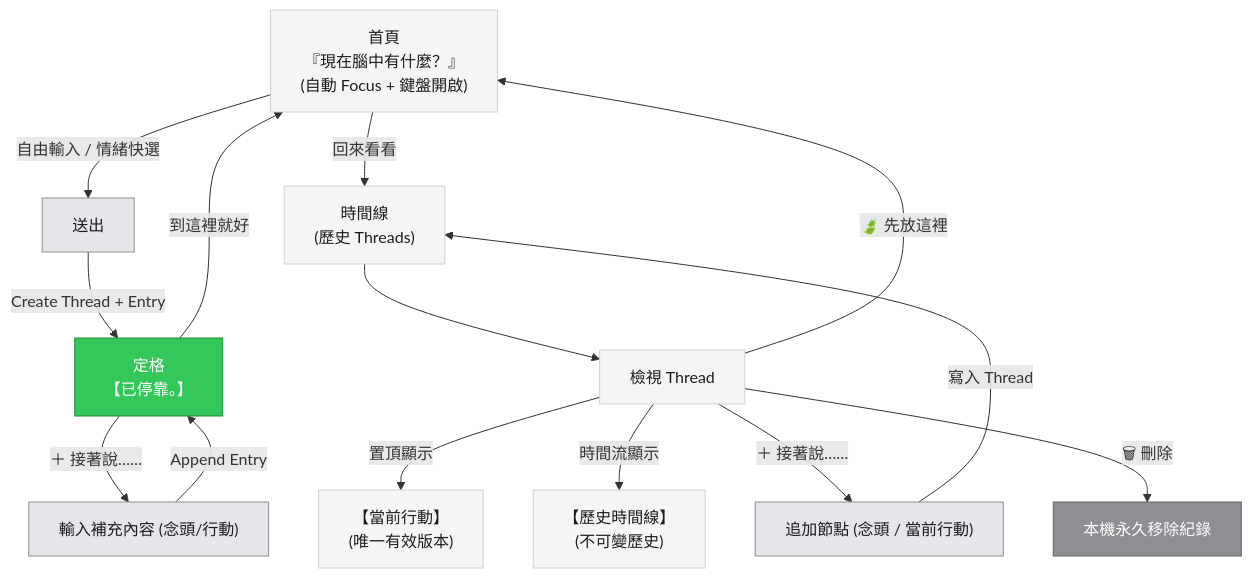
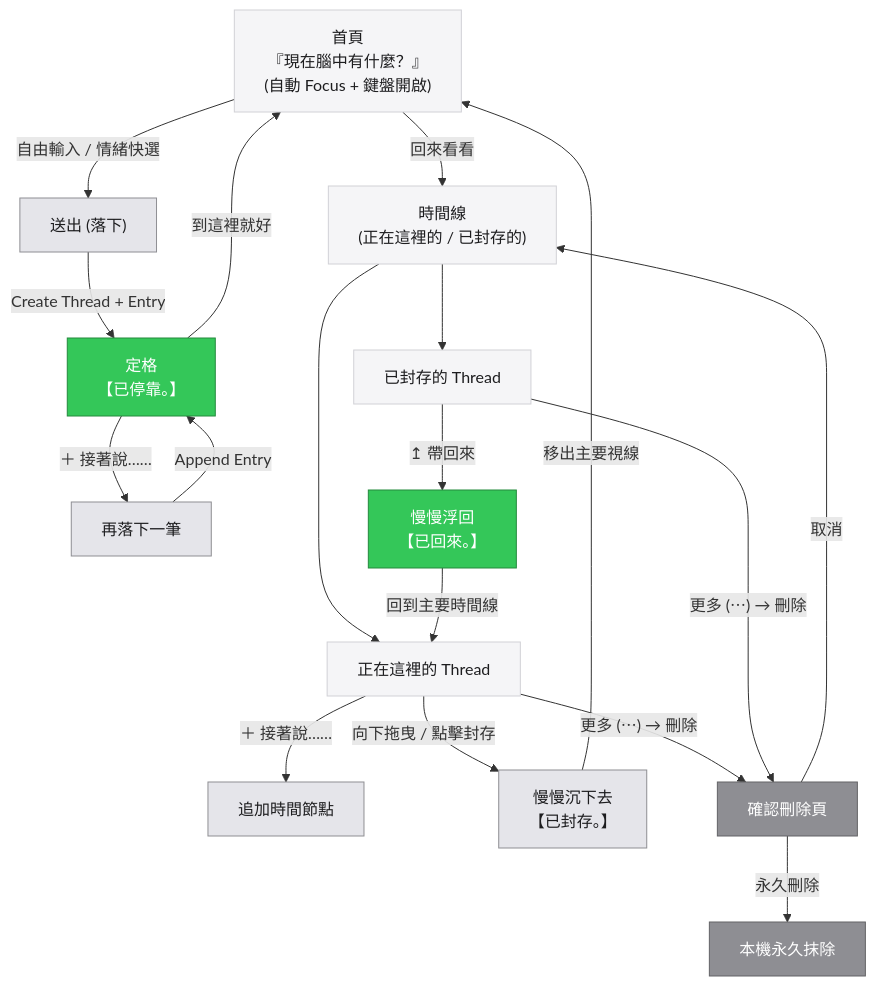
Before and after one commit to q5089877/privateMind: the diagram in flow_diagram.md, drawn with Mermaid. The commit also changed other lines of this file and 8 other files, not shown here.

Commit message:
feat(v7.1): implement 5 physical metaphors (sink archive, float restore, isolated delete, and timeline segmentation)

````diff
--- a/flow_diagram.md
+++ b/flow_diagram.md
@@ -84,32 +73,37 @@
 ```mermaid
 flowchart TD
     %% 節點樣式
     classDef input fill:#F5F5F7,stroke:#D1D1D6,stroke-width:1px,color:#1D1D1F;
     classDef action fill:#E5E5EA,stroke:#8E8E93,stroke-width:1px,color:#1D1D1F;
     classDef settle fill:#34C759,stroke:#248A3D,stroke-width:1px,color:#FFFFFF;
     classDef terminal fill:#8E8E93,stroke:#636366,stroke-width:1px,color:#FFFFFF;
 
     HOME["首頁<br/>『現在腦中有什麼？』<br/>(自動 Focus + 鍵盤開啟)"]:::input
 
     %% 首頁操作
-    HOME -->|"自由輸入 / 情緒快選"| SUBMIT["送出"]:::action
-    HOME -->|"回來看看"| TIMELINE["時間線<br/>(歷史 Threads)"]:::input
+    HOME -->|"自由輸入 / 情緒快選"| SUBMIT["送出 (落下)"]:::action
+    HOME -->|"回來看看"| TIMELINE["時間線<br/>(正在這裡的 / 已封存的)"]:::input
 
     %% 寫入路徑
     SUBMIT -->|"Create Thread + Entry"| SETTLED["定格<br/>【已停靠。】"]:::settle
     SETTLED -->|"到這裡就好"| HOME
-    SETTLED -->|"＋ 接著說……"| APPEND_NOW["輸入補充內容 (念頭/行動)"]:::action
+    SETTLED -->|"＋ 接著說……"| APPEND_NOW["再落下一筆"]:::action
     APPEND_NOW -->|"Append Entry"| SETTLED
 
-    %% 時間線操作
-    TIMELINE --> THREAD["檢視 Thread"]:::input
-    
-    THREAD -->|"置頂顯示"| CURR_ACTION["【當前行動】<br/>(唯一有效版本)"]:::input
-    THREAD -->|"時間流顯示"| HIST_ENTRIES["【歷史時間線】<br/>(不可變歷史)"]:::input
-    
-    THREAD -->|"＋ 接著說……"| APPEND_LATER["追加節點 (念頭 / 當前行動)"]:::action
-    APPEND_LATER -->|"寫入 Thread"| TIMELINE
-    
-    THREAD -->|"🍃 先放這裡"| HOME
-    THREAD -->|"🗑 刪除"| DELETE["本機永久移除紀錄"]:::terminal
+    %% 正在這裡的 Thread
+    TIMELINE --> ACTIVE_THREAD["正在這裡的 Thread"]:::input
+    ACTIVE_THREAD -->|"＋ 接著說……"| APPEND_LATER["追加時間節點"]:::action
+    ACTIVE_THREAD -->|"向下拖曳 / 點擊封存"| ARCHIVE_ACTION["慢慢沉下去<br/>【已封存。】"]:::action
+    ARCHIVE_ACTION -->|"移出主要視線"| HOME
+
+    %% 已封存的 Thread
+    TIMELINE --> ARCHIVED_THREAD["已封存的 Thread"]:::input
+    ARCHIVED_THREAD -->|"↥ 帶回來"| RESTORE_ACTION["慢慢浮回<br/>【已回來。】"]:::settle
+    RESTORE_ACTION -->|"回到主要時間線"| ACTIVE_THREAD
+
+    %% 獨立刪除流
+    ACTIVE_THREAD -->|"更多 (⋯) → 刪除"| DEL_MODAL["確認刪除頁"]:::terminal
+    ARCHIVED_THREAD -->|"更多 (⋯) → 刪除"| DEL_MODAL
+    DEL_MODAL -->|"永久刪除"| HARD_DEL["本機永久抹除"]:::terminal
+    DEL_MODAL -->|"取消"| TIMELINE
 ```
````
